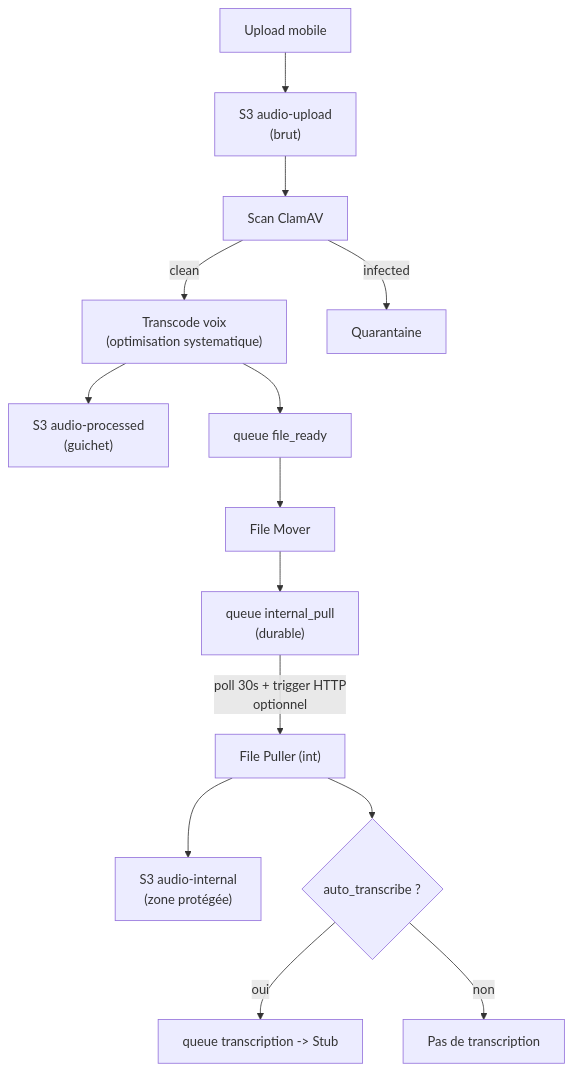
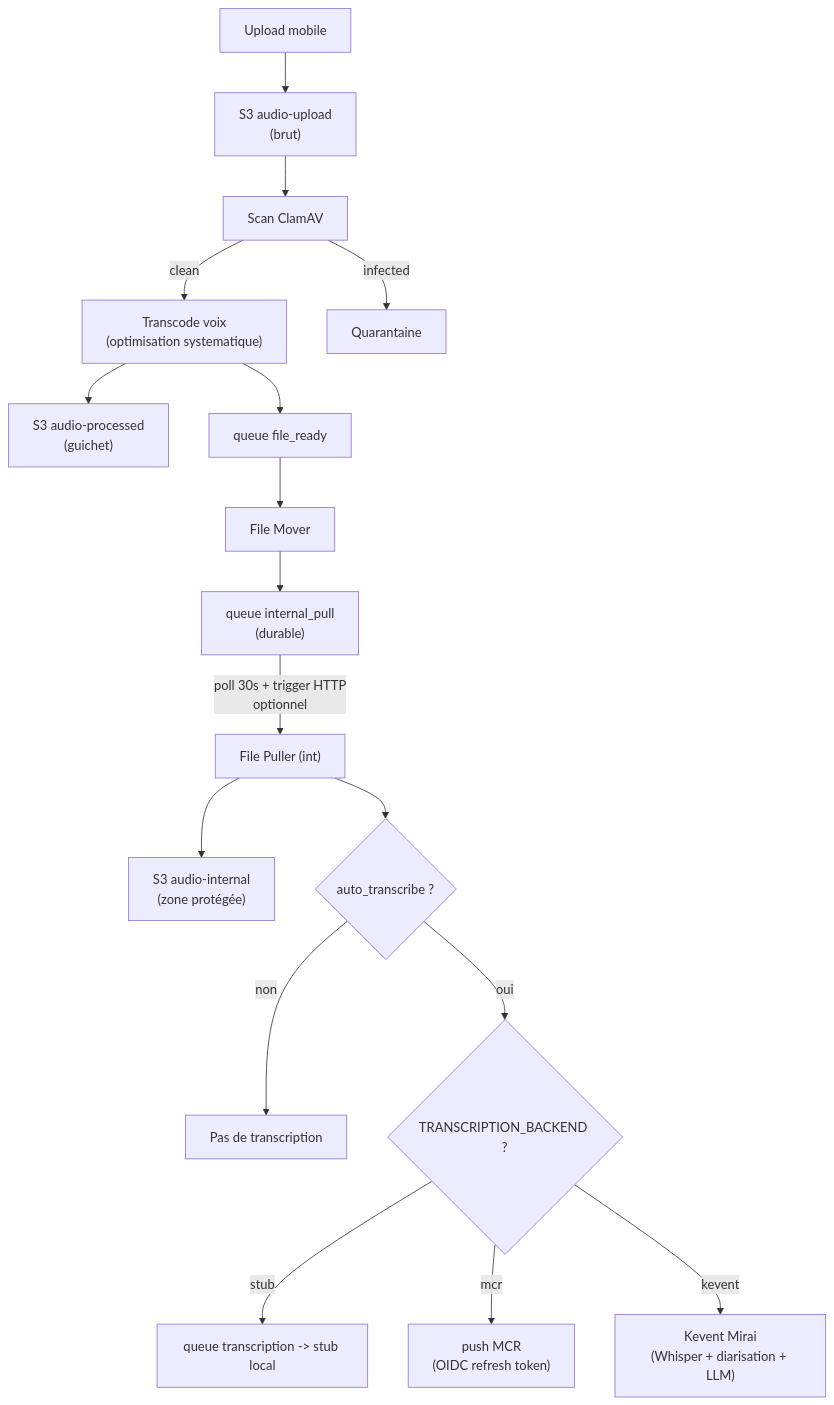
The fifth of 6 diagrams in docs/ARCHITECTURE.md (IA-Generative/mirai-mesreunions), drawn with Mermaid before and after one commit. The commit also changed other lines of this file and 20 other files, not shown here.

First line of the commit message:
feat(kevent): Mirai backend with diarization + LLM meeting intelligence (#6)

````diff
--- a/docs/ARCHITECTURE.md
+++ b/docs/ARCHITECTURE.md
@@ -200,15 +200,18 @@
 ```mermaid
 flowchart TD
   U["Upload mobile"] --> S3U["S3 audio-upload\n(brut)"] --> AV["Scan ClamAV"]
   AV -->|"clean"| TR["Transcode voix\n(optimisation systematique)"]
   AV -->|"infected"| Q["Quarantaine"]
   TR --> S3P["S3 audio-processed\n(guichet)"]
   TR --> QFR["queue file_ready"]
   QFR --> FM["File Mover"]
   FM --> QIP["queue internal_pull\n(durable)"]
   QIP -->|"poll 30s + trigger HTTP\noptionnel"| FP["File Puller (int)"]
   FP --> S3I["S3 audio-internal\n(zone protégée)"]
   FP --> CHK{"auto_transcribe ?"}
-  CHK -->|"oui"| STT["queue transcription -> Stub"]
   CHK -->|"non"| SKIP["Pas de transcription"]
+  CHK -->|"oui"| BK{"TRANSCRIPTION_BACKEND ?"}
+  BK -->|"stub"| STUB["queue transcription -> stub local"]
+  BK -->|"mcr"| MCR["push MCR\n(OIDC refresh token)"]
+  BK -->|"kevent"| KEV["Kevent Mirai\n(Whisper + diarisation + LLM)"]
 ```
````
